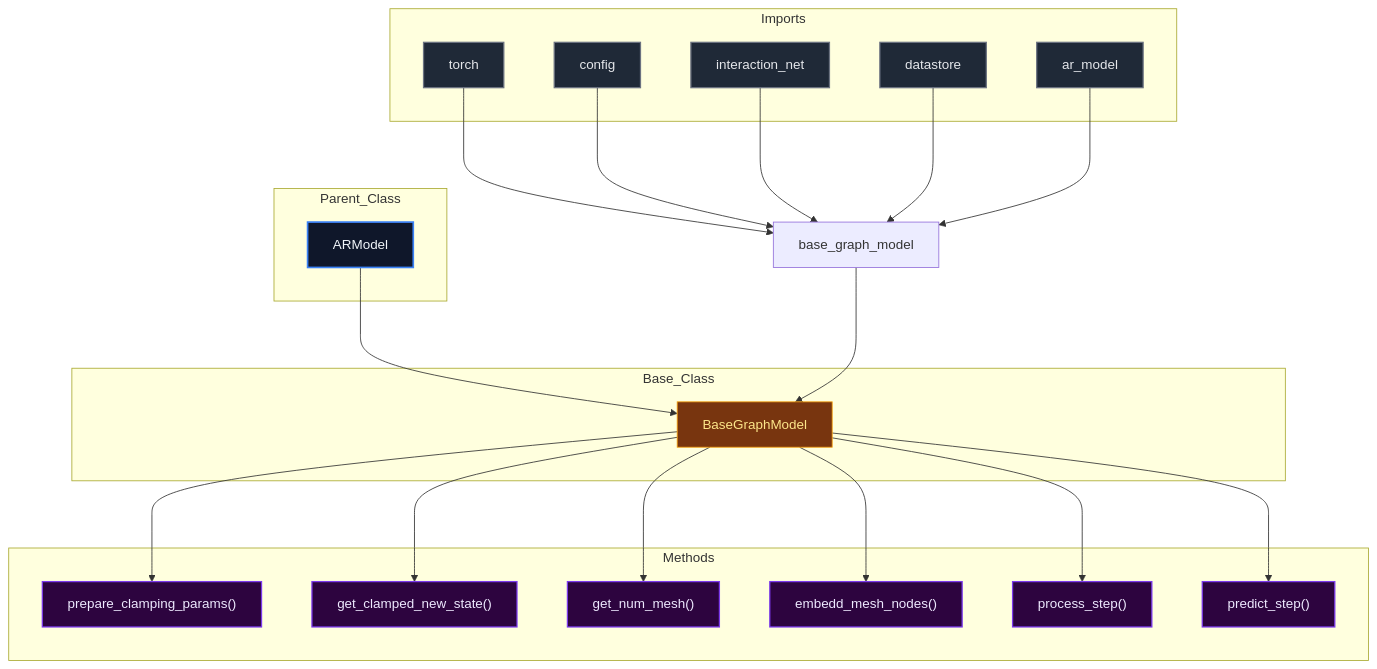
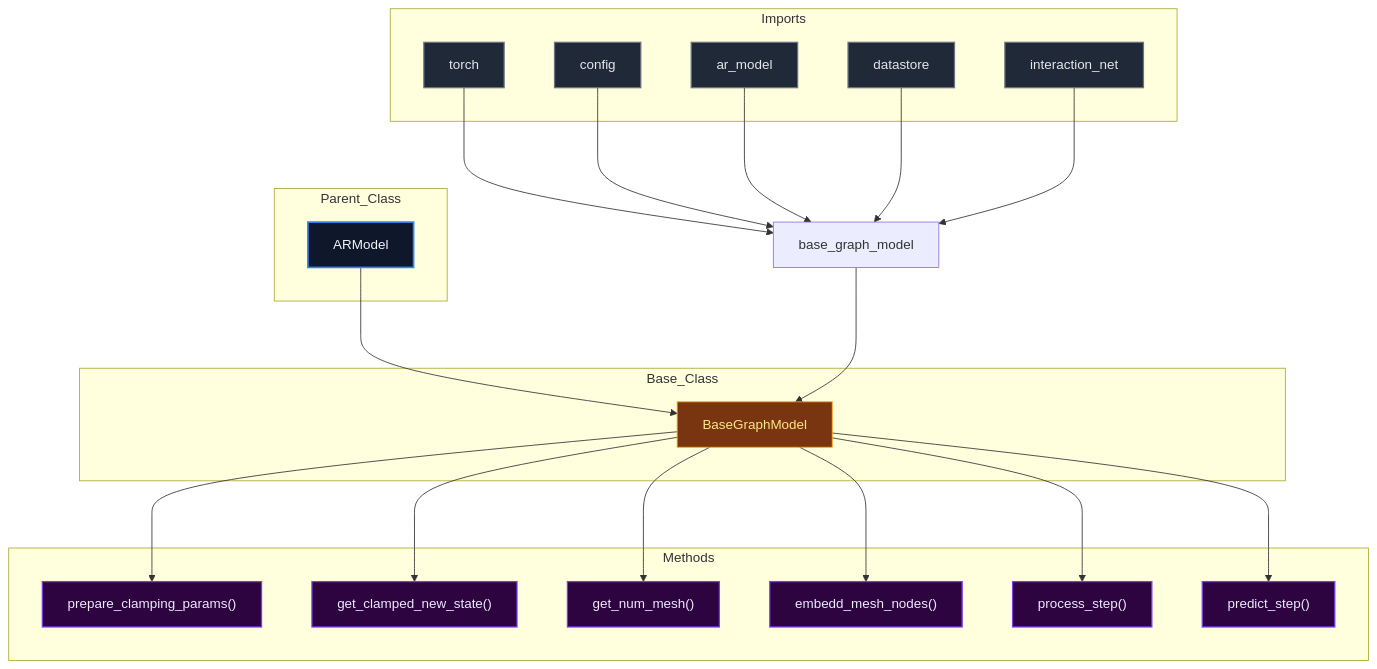
The diagram in docs/diagrams/base_graph_model_diagram.md (mllam/neural-lam), drawn with Mermaid before and after one commit. The commit also changed 18 other files, not shown here.

Commit message:
Auto-update Mermaid diagrams

````diff
--- a/docs/diagrams/base_graph_model_diagram.md
+++ b/docs/diagrams/base_graph_model_diagram.md
@@ -1,58 +1,58 @@
 ```mermaid
 %%{init: {'flowchart': {'nodeSpacing': 60, 'rankSpacing': 80}}}%%
 flowchart TD
 
 module["base_graph_model"]
 
 subgraph Parent_Class
     ARModel["ARModel"]
 end
 
 subgraph Base_Class
     BaseGraphModel["BaseGraphModel"]
 end
 
     ARModel --> BaseGraphModel
 
 subgraph Imports
     torch["torch"]
     config["config"]
+    ar_model["ar_model"]
+    datastore["datastore"]
     interaction_net["interaction_net"]
-    datastore["datastore"]
-    ar_model["ar_model"]
 end
 
     torch --> module
     config --> module
+    ar_model --> module
+    datastore --> module
     interaction_net --> module
-    datastore --> module
-    ar_model --> module
     module --> BaseGraphModel
 
 subgraph Methods
     BaseGraphModel_prepare_clamping_params["prepare_clamping_params()"]
     BaseGraphModel_get_clamped_new_state["get_clamped_new_state()"]
     BaseGraphModel_get_num_mesh["get_num_mesh()"]
     BaseGraphModel_embedd_mesh_nodes["embedd_mesh_nodes()"]
     BaseGraphModel_process_step["process_step()"]
     BaseGraphModel_predict_step["predict_step()"]
 end
 
     BaseGraphModel --> BaseGraphModel_prepare_clamping_params
     BaseGraphModel --> BaseGraphModel_get_clamped_new_state
     BaseGraphModel --> BaseGraphModel_get_num_mesh
     BaseGraphModel --> BaseGraphModel_embedd_mesh_nodes
     BaseGraphModel --> BaseGraphModel_process_step
     BaseGraphModel --> BaseGraphModel_predict_step
 
 classDef parent fill:#0f172a,stroke:#3b82f6,stroke-width:2px,color:#f1f5f9,font-size:16px
 classDef base fill:#78350f,stroke:#f59e0b,stroke-width:1px,color:#fde68a,font-size:16px
 classDef import fill:#1f2937,stroke:#6b7280,stroke-width:1.5px,color:#e5e7eb,font-size:16px
 classDef method fill:#2d043f,stroke:#7c3aed,stroke-width:1.5px,color:#ede9fe,font-size:16px
 classDef callNode fill:#064e3b,stroke:#10b981,stroke-width:1.5px,color:#d1fae5,font-size:16px
 class ARModel parent
 class BaseGraphModel base
-class torch,config,interaction_net,datastore,ar_model import
+class torch,config,ar_model,datastore,interaction_net import
 class BaseGraphModel_prepare_clamping_params,BaseGraphModel_get_clamped_new_state,BaseGraphModel_get_num_mesh,BaseGraphModel_embedd_mesh_nodes,BaseGraphModel_process_step,BaseGraphModel_predict_step method
 
 ```
````
